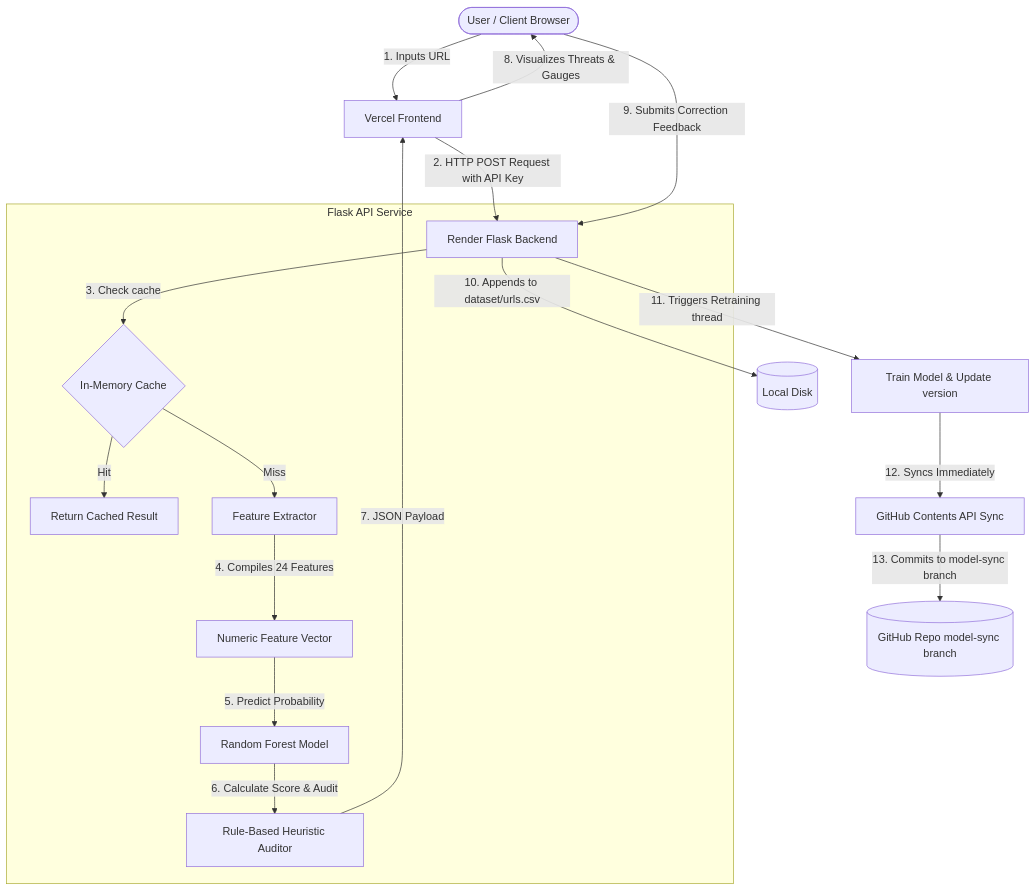
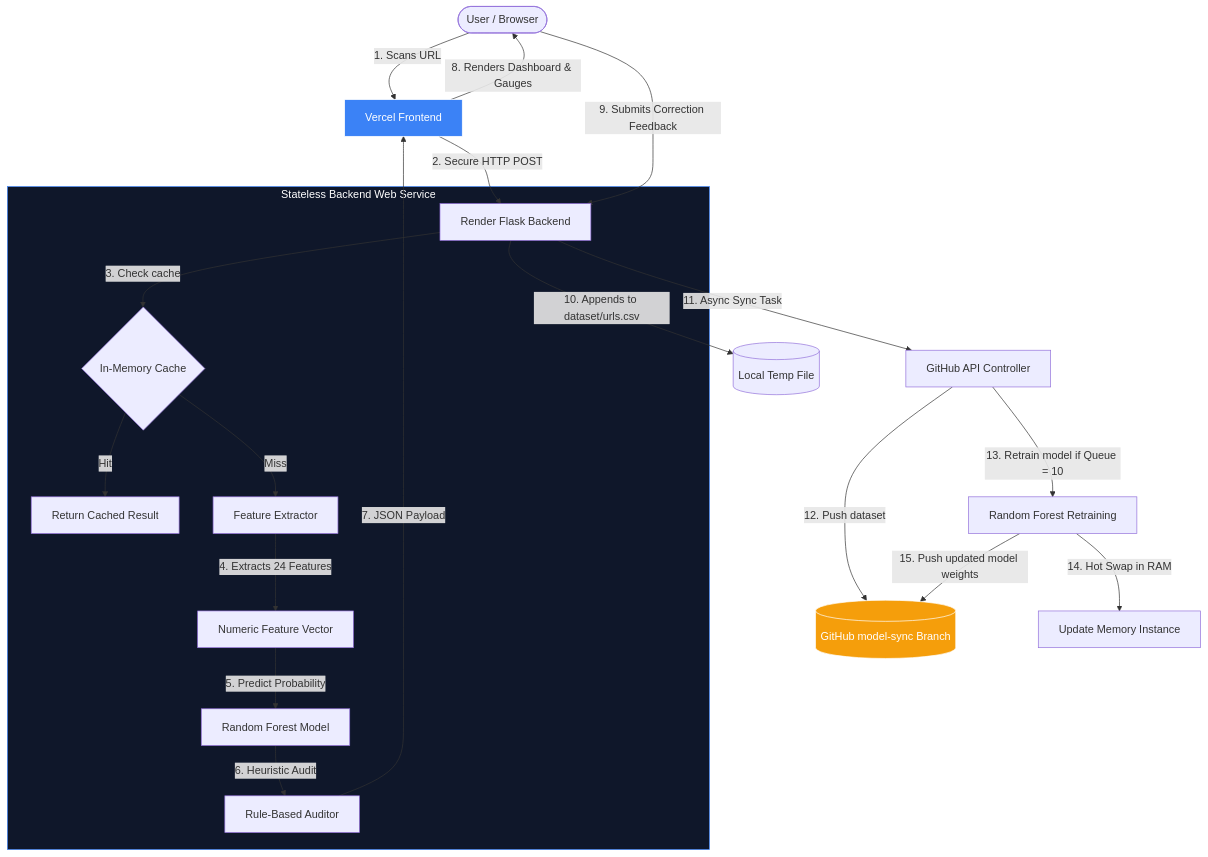
One commit to NotSoAbhinav/PhishGuard changed the diagram in PROJECT_PRESENTATION_GUIDE.md. Above: the diagram before and after it, drawn with Mermaid. The commit also changed other lines of this file and 1 other file, not shown here.

````diff
--- a/PROJECT_PRESENTATION_GUIDE.md
+++ b/PROJECT_PRESENTATION_GUIDE.md
@@ -19,25 +27,32 @@
 ```mermaid
 graph TD
-    User([User / Client Browser]) -->|1. Inputs URL| UI[Vercel Frontend]
-    UI -->|2. HTTP POST Request with API Key| API[Render Flask Backend]
+    User([User / Browser]) -->|1. Scans URL| UI[Vercel Frontend]
+    UI -->|2. Secure HTTP POST| API[Render Flask Backend]
     
-    subgraph Backend [Flask API Service]
+    subgraph Compute [Stateless Backend Web Service]
         API -->|3. Check cache| Cache{In-Memory Cache}
         Cache -->|Hit| ResCached[Return Cached Result]
         Cache -->|Miss| FE[Feature Extractor]
         
-        FE -->|4. Compiles 24 Features| Vector[Numeric Feature Vector]
+        FE -->|4. Extracts 24 Features| Vector[Numeric Feature Vector]
         Vector -->|5. Predict Probability| RF[Random Forest Model]
-        RF -->|6. Calculate Score & Audit| Rules[Rule-Based Heuristic Auditor]
+        RF -->|6. Heuristic Audit| Rules[Rule-Based Auditor]
     end
     
     Rules -->|7. JSON Payload| UI
-    UI -->|8. Visualizes Threats & Gauges| User
+    UI -->|8. Renders Dashboard & Gauges| User
     
     User -->|9. Submits Correction Feedback| API
-    API -->|10. Appends to dataset/urls.csv| Disk[(Local Disk)]
-    API -->|11. Triggers Retraining thread| Train[Train Model & Update version]
+    API -->|10. Appends to dataset/urls.csv| LocalFile[(Local Temp File)]
     
-    Train -->|12. Syncs Immediately| Push[GitHub Contents API Sync]
-    Push -->|13. Commits to model-sync branch| Git[(GitHub Repo model-sync branch)]
+    API -->|11. Async Sync Task| BackgroundTask[GitHub API Controller]
+    BackgroundTask -->|12. Push dataset| GitStorage[(GitHub model-sync Branch)]
+    
+    BackgroundTask -->|13. Retrain model if Queue = 10| Train[Random Forest Retraining]
+    Train -->|14. Hot Swap in RAM| RAM[Update Memory Instance]
+    Train -->|15. Push updated model weights| GitStorage
+    
+    style UI fill:#3b82f6,stroke:#fff,color:#fff
+    style Compute fill:#0f172a,stroke:#3b82f6,color:#fff
+    style GitStorage fill:#f59e0b,stroke:#fff,color:#fff
 ```
````
